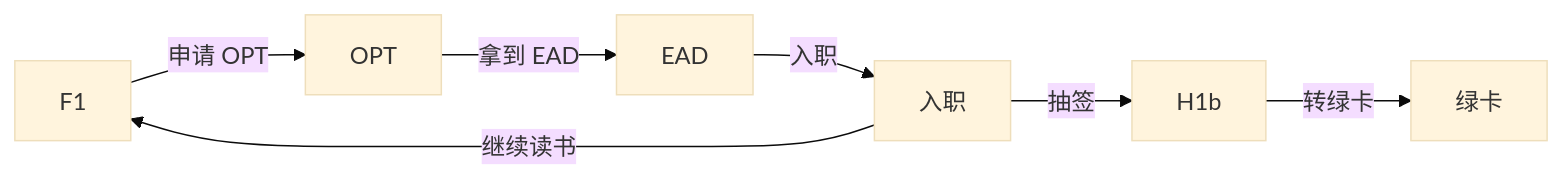
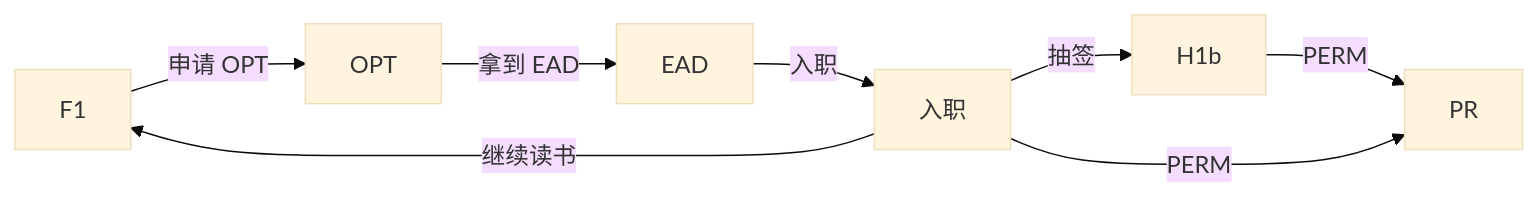
One commit to davidliuk/blog changed the diagram in src/apply/visa/README.md. Above: the diagram before and after it, drawn with Mermaid (base theme). The commit also changed other lines of this file and 560 other files, not shown here.

````diff
--- a/src/apply/visa/README.md
+++ b/src/apply/visa/README.md
@@ -19,9 +21,10 @@
 ```mermaid
 graph LR
     F1[F1] -->|申请 OPT| OPT[OPT]
     OPT -->|拿到 EAD| EAD[EAD]
     EAD -->|入职| 入职[入职]
     入职 -->|抽签| H1b[H1b]
     入职 -->|继续读书| F1
-    H1b -->|转绿卡| 绿卡[绿卡]
+    H1b -->|PERM| PR[PR]
+    入职 -->|PERM| PR
 ```
````
